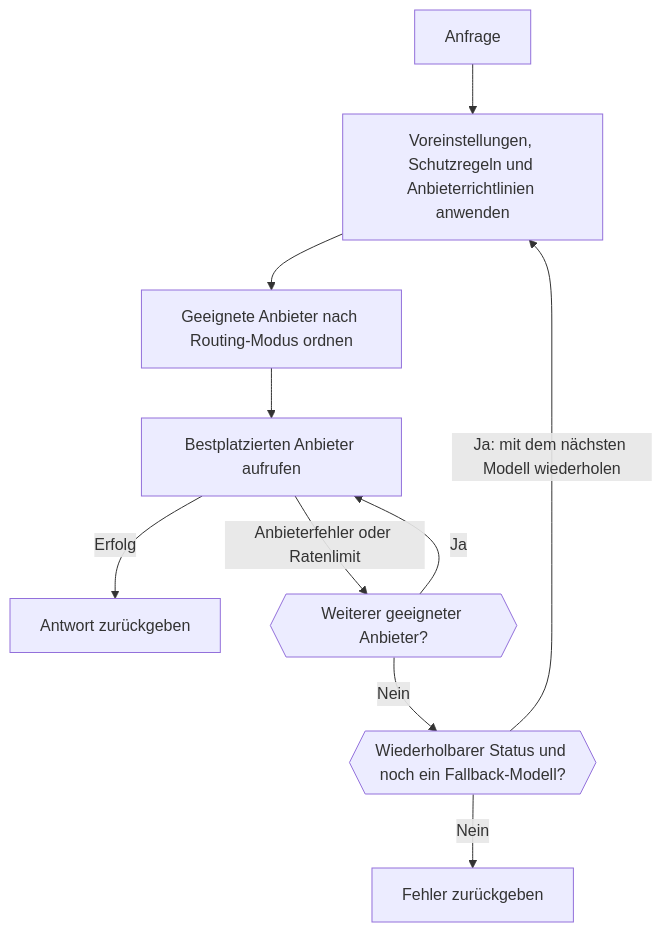
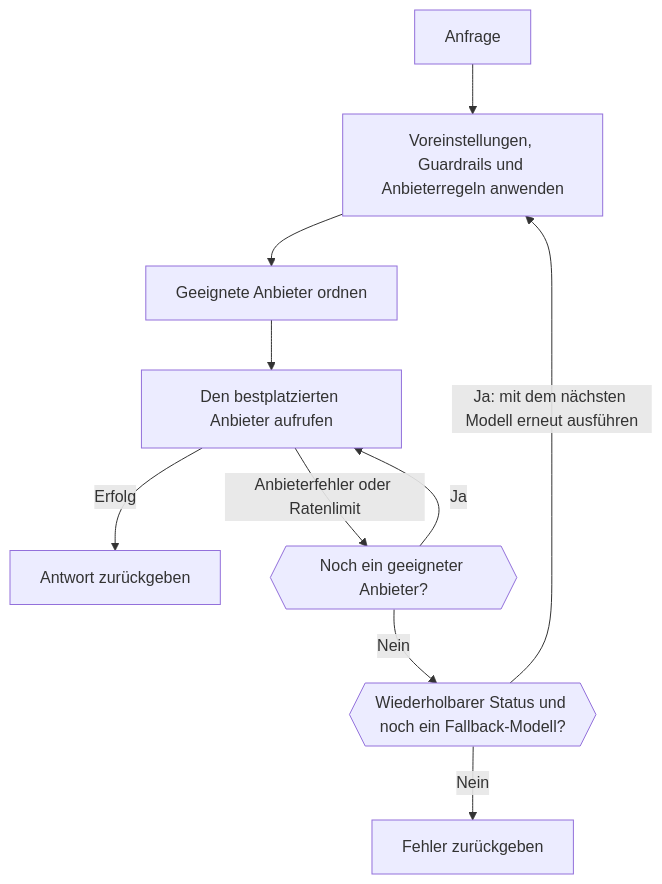
One commit to phaseoteam/Phaseo changed the diagram in apps/docs/de/v1/guides/routing-and-fallbacks.mdx. Above: the diagram before and after it, drawn with Mermaid. The commit also changed other lines of this file and 3793 other files, not shown here.

````diff
--- a/apps/docs/de/v1/guides/routing-and-fallbacks.mdx
+++ b/apps/docs/de/v1/guides/routing-and-fallbacks.mdx
@@ -236,12 +12,12 @@
 ```mermaid
 flowchart TD
-  req["Anfrage"] --> pol["Voreinstellungen, Schutzregeln und Anbieterrichtlinien anwenden"]
-  pol --> rnk["Geeignete Anbieter nach Routing-Modus ordnen"]
-  rnk --> prov["Bestplatzierten Anbieter aufrufen"]
+  req["Anfrage"] --> pol["Voreinstellungen, Guardrails und Anbieterregeln anwenden"]
+  pol --> rnk["Geeignete Anbieter ordnen"]
+  rnk --> prov["Den bestplatzierten Anbieter aufrufen"]
   prov -->|"Erfolg"| resp["Antwort zurückgeben"]
-  prov -->|"Anbieterfehler oder Ratenlimit"| nextProv{{"Weiterer geeigneter Anbieter?"}}
+  prov -->|"Anbieterfehler oder Ratenlimit"| nextProv{{"Noch ein geeigneter Anbieter?"}}
   nextProv -->|"Ja"| prov
   nextProv -->|"Nein"| fallbackCheck{{"Wiederholbarer Status und noch ein Fallback-Modell?"}}
-  fallbackCheck -->|"Ja: mit dem nächsten Modell wiederholen"| pol
+  fallbackCheck -->|"Ja: mit dem nächsten Modell erneut ausführen"| pol
   fallbackCheck -->|"Nein"| err["Fehler zurückgeben"]
 ```
````
